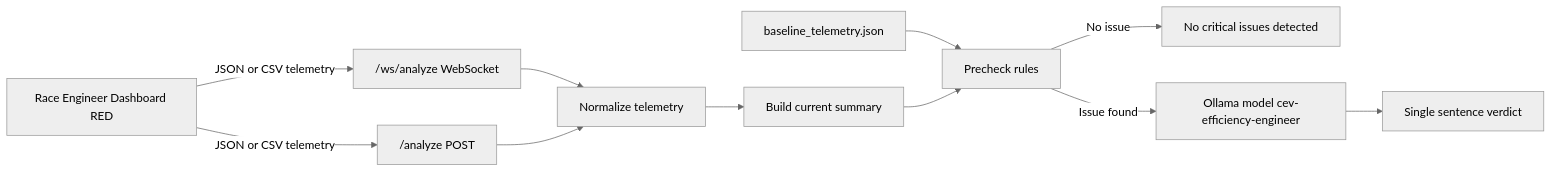
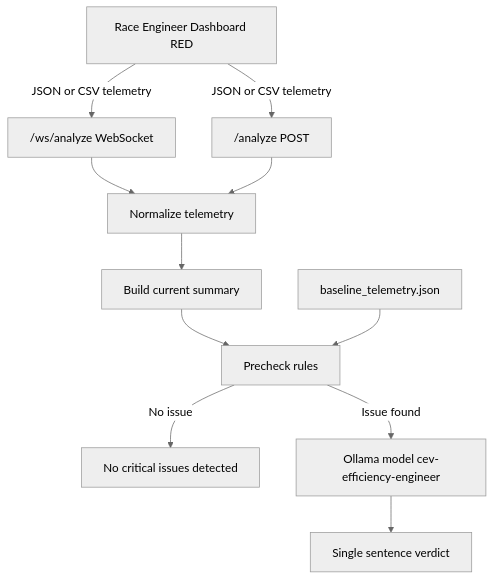
The diagram in README.md (cornellev/Race-GPT), drawn with Mermaid (neutral theme) before and after one commit.

Commit message:
Updated Diagram

````diff
--- a/README.md
+++ b/README.md
@@ -7,27 +7,25 @@
 ```mermaid
-flowchart LR
+flowchart TD
     RED["Race Engineer Dashboard RED"]
     WS["/ws/analyze WebSocket"]
     REST["/analyze POST"]
     NORM["Normalize telemetry"]
     SUMM["Build current summary"]
     BASE["baseline_telemetry.json"]
     PRE["Precheck rules"]
     OK["No critical issues detected"]
     LLM["Ollama model cev-efficiency-engineer"]
     VERDICT["Single sentence verdict"]
 
     RED -->|JSON or CSV telemetry| WS
     RED -->|JSON or CSV telemetry| REST
-
     WS --> NORM
-     REST --> NORM
-
+    REST --> NORM
     NORM --> SUMM
+    SUMM --> PRE
     BASE --> PRE
-     SUMM --> PRE
 
     PRE -->|No issue| OK
     PRE -->|Issue found| LLM
     LLM --> VERDICT
 ```
````
